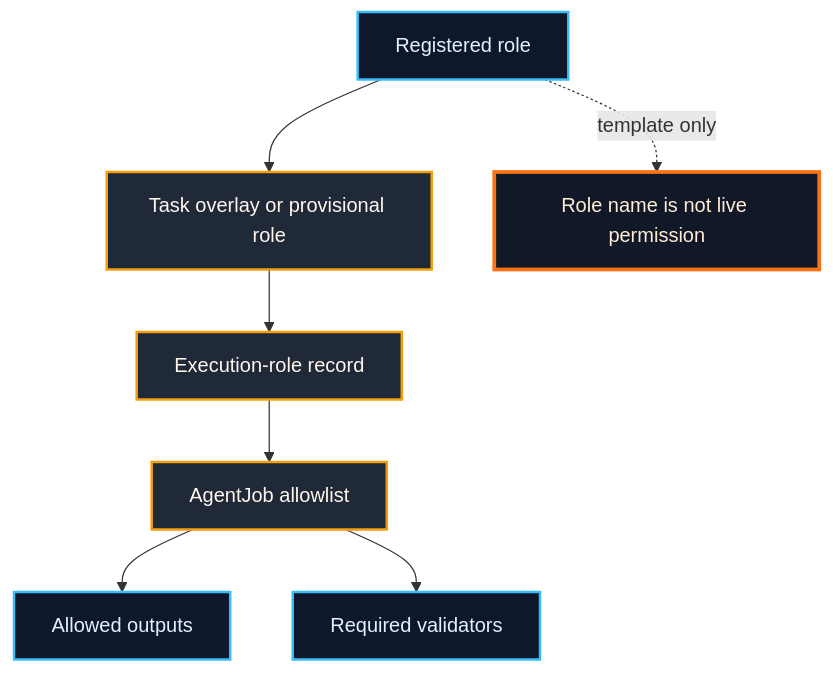
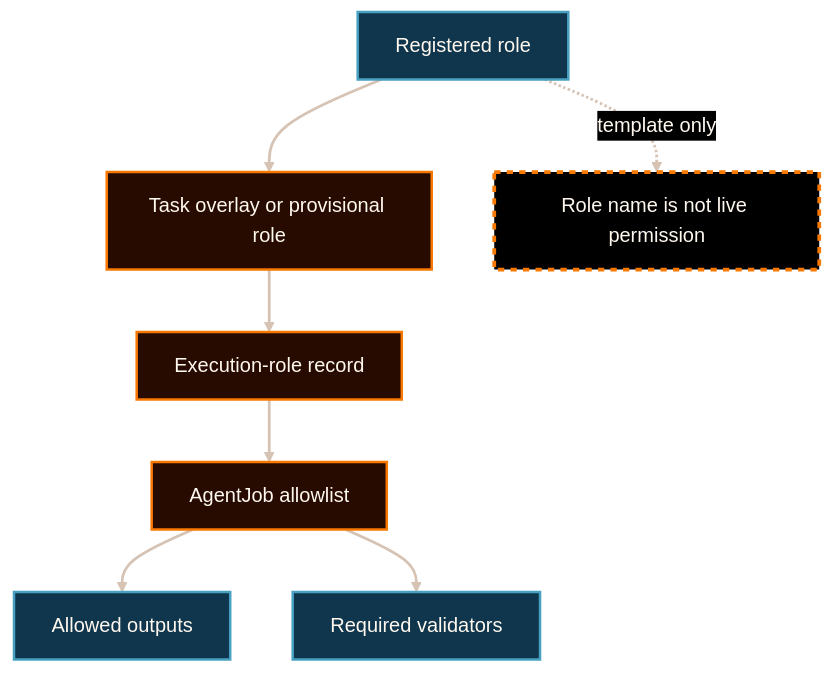
One commit to AngryOwlAI/The-AEther-Flow-Website changed the diagram in docs/content-dossiers/operations-role-routing/diagrams/role-routing-allowlist-stack.mmd. Above: the diagram before and after it, drawn with Mermaid. The commit also changed 60 other files, not shown here.

```diff
--- a/docs/content-dossiers/operations-role-routing/diagrams/role-routing-allowlist-stack.mmd
+++ b/docs/content-dossiers/operations-role-routing/diagrams/role-routing-allowlist-stack.mmd
@@ -1,14 +1,41 @@
+---
+config:
+  theme: base
+  themeVariables:
+    darkMode: true
+    background: "#000000"
+    primaryColor: "#050403"
+    primaryTextColor: "#fff8ef"
+    primaryBorderColor: "#d6c3b4"
+    lineColor: "#d6c3b4"
+    fontFamily: "Inter, ui-sans-serif, system-ui, -apple-system, BlinkMacSystemFont, Segoe UI, sans-serif"
+    fontSize: "16px"
+    clusterBkg: "#080401"
+    clusterBorder: "#d6c3b4"
+    edgeLabelBackground: "#000000"
+---
+
 flowchart TB
   role["Registered role"] --> overlay["Task overlay or provisional role"]
   overlay --> execution["Execution-role record"]
   execution --> allowlist["AgentJob allowlist"]
   allowlist --> outputs["Allowed outputs"]
   allowlist --> validators["Required validators"]
   role -. "template only" .-> boundary["Role name is not live permission"]
 
-  classDef source fill:#0f172a,stroke:#38bdf8,color:#e0f2fe,stroke-width:2px;
-  classDef control fill:#1f2937,stroke:#f59e0b,color:#fff7ed,stroke-width:2px;
-  classDef boundary fill:#111827,stroke:#f97316,color:#ffedd5,stroke-width:3px;
-  class role,outputs,validators source;
-  class overlay,execution,allowlist control;
+  classDef default fill:#050403,stroke:#d6c3b4,color:#fff8ef,stroke-width:1.5px;
+  classDef source fill:#0f364d,stroke:#48a0c0,color:#fff8ef,stroke-width:2px;
+  classDef control fill:#270b01,stroke:#f87800,color:#fff8ef,stroke-width:2px;
+  classDef bridge fill:#164964,stroke:#f4d6a1,color:#fff8ef,stroke-width:2px;
+  classDef decision fill:#702000,stroke:#f87800,color:#fff8ef,stroke-width:2.25px;
+  classDef target fill:#2d7ea0,stroke:#f4d6a1,color:#ffffff,stroke-width:2px;
+  classDef success fill:#164964,stroke:#48a0c0,color:#fff8ef,stroke-width:2px;
+  classDef risk fill:#702000,stroke:#f87800,color:#fff8ef,stroke-width:2px,stroke-dasharray: 5 5;
+  classDef boundary fill:#000000,stroke:#f87800,color:#fff8ef,stroke-width:3px,stroke-dasharray: 5 5;
+  classDef external fill:#080401,stroke:#f4d6a1,color:#fff8ef,stroke-width:2px;
+
   class boundary boundary;
+  class allowlist,execution,overlay control;
+  class outputs,role,validators source;
+
+  linkStyle default stroke:#d6c3b4,stroke-width:2.25px;
```
